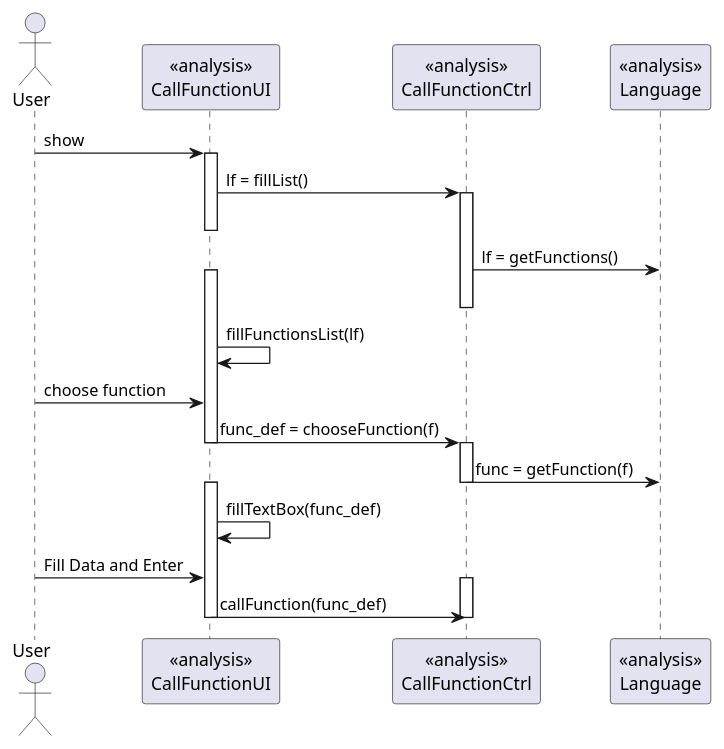
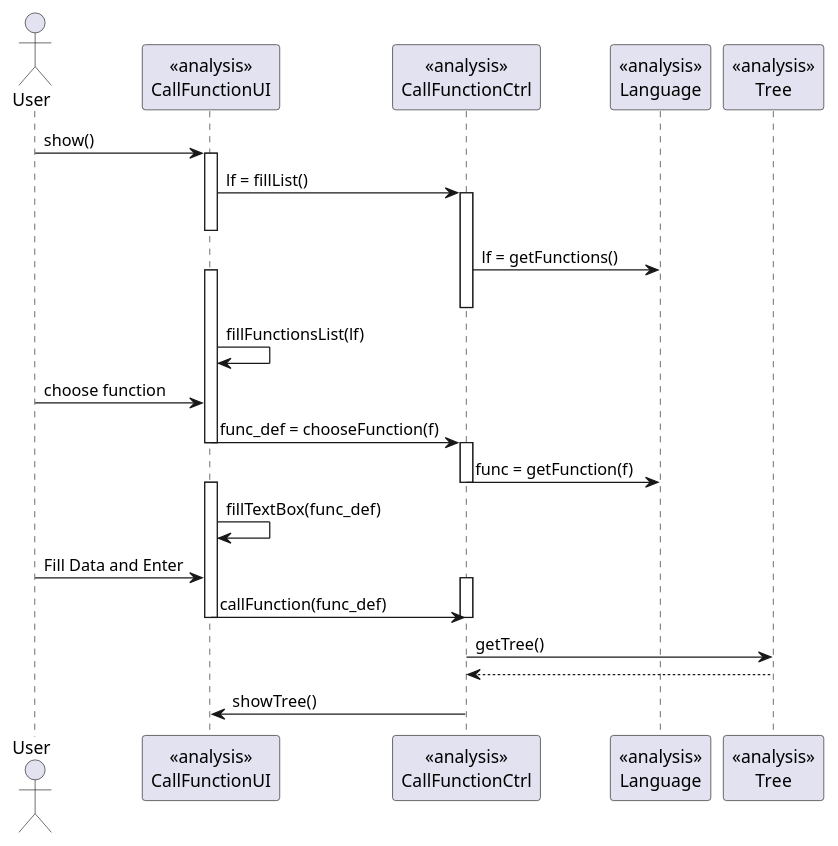
The diagram in src/csheets/userstories/macros05_03/wizard_avançado_inserir_formula/i120836/macros05_03_analysis.puml (1130348/Confusao), drawn with PlantUML before and after one commit. The commit also changed 2 other files, not shown here.

```diff
--- a/src/csheets/userstories/macros05_03/wizard_avançado_inserir_formula/i120836/macros05_03_analysis.puml
+++ b/src/csheets/userstories/macros05_03/wizard_avançado_inserir_formula/i120836/macros05_03_analysis.puml
@@ -1,29 +1,32 @@
-  @startuml doc-files/macros05_3_analysis.png
+@startuml doc-files/macros05_3_analysis.png
 actor User
  participant "<<analysis>>\nCallFunctionUI" as UI
  participant "<<analysis>>\nCallFunctionCtrl" as ctrl
  participant "<<analysis>>\nLanguage" as language
-User -> UI : show
+ participant "<<analysis>>\nTree" as tree
+User -> UI : show()
 activate UI
 UI -> ctrl : lf = fillList()
 activate ctrl
 deactivate UI
 ctrl -> language : lf = getFunctions()
 activate UI
 deactivate ctrl
 UI -> UI : fillFunctionsList(lf)
 User -> UI : choose function
 UI -> ctrl : func_def = chooseFunction(f)
 deactivate UI
 activate ctrl
 ctrl -> language : func = getFunction(f)
 deactivate ctrl
 activate UI
 UI -> UI : fillTextBox(func_def)
 User -> UI : Fill Data and Enter
 activate ctrl
 UI -> ctrl : callFunction(func_def)
 deactivate UI
 deactivate ctrl
-
+ctrl -> tree : getTree()
+tree --> ctrl : 
+ctrl -> UI : showTree()
 @enduml
```
